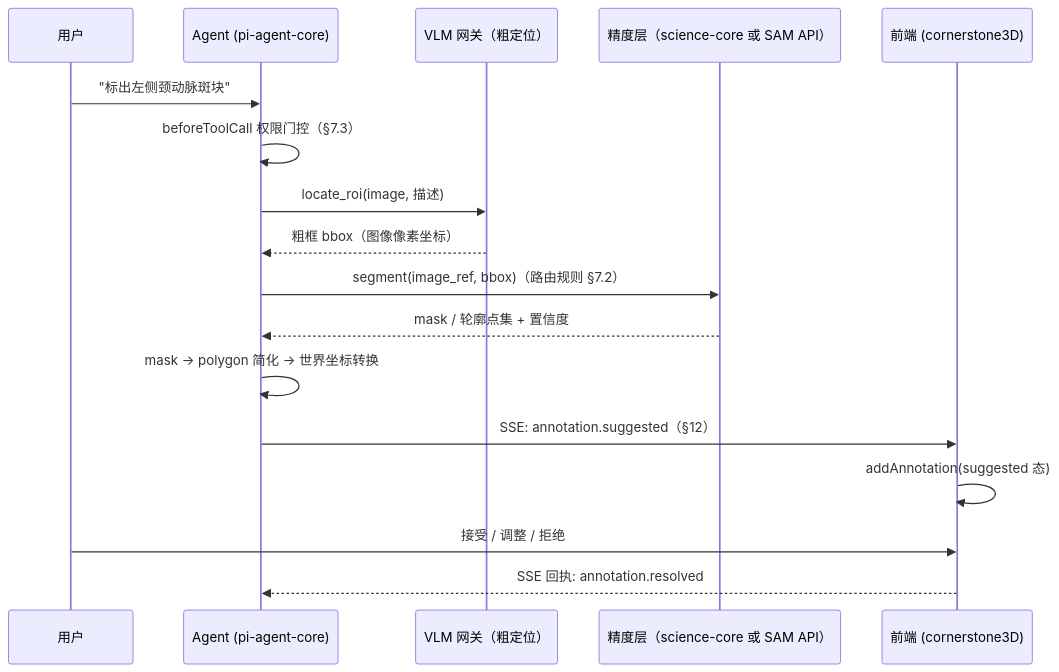
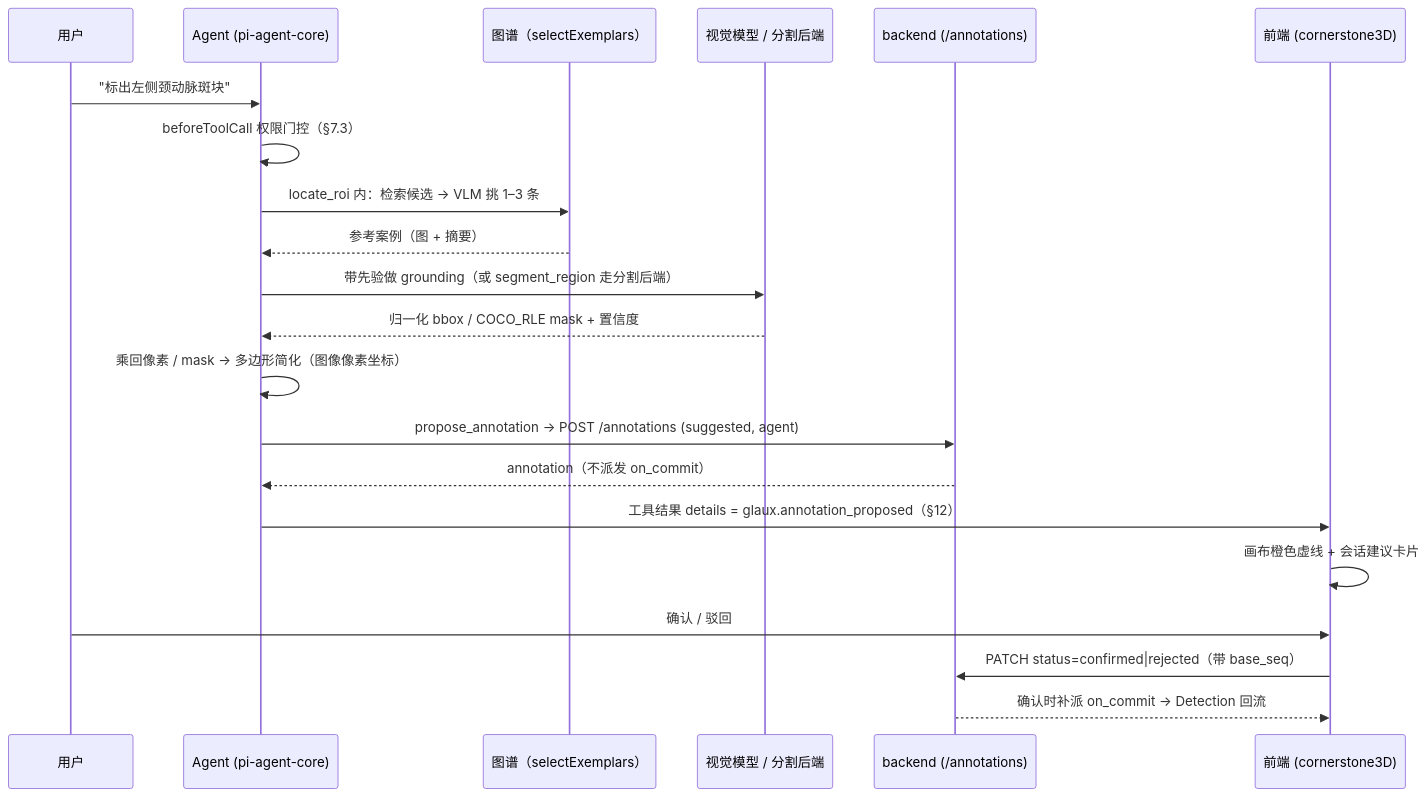
Before and after one commit to zhentai-sn/open-glaux: the first of 2 diagrams in docs/sdd/feats/02-agent-image-annotation/README.md, drawn with Mermaid. The commit also changed other lines of this file and 1 other file, not shown here.

````diff
--- a/docs/sdd/feats/02-agent-image-annotation/README.md
+++ b/docs/sdd/feats/02-agent-image-annotation/README.md
@@ -103,20 +110,24 @@
 ```mermaid
 sequenceDiagram
     participant U as 用户
     participant A as Agent (pi-agent-core)
-    participant V as VLM 网关（粗定位）
-    participant P as 精度层（science-core 或 SAM API）
+    participant X as 图谱（selectExemplars）
+    participant M as 视觉模型 / 分割后端
+    participant B as backend (/annotations)
     participant F as 前端 (cornerstone3D)
 
     U->>A: "标出左侧颈动脉斑块"
     A->>A: beforeToolCall 权限门控（§7.3）
-    A->>V: locate_roi(image, 描述)
-    V-->>A: 粗框 bbox（图像像素坐标）
-    A->>P: segment(image_ref, bbox)（路由规则 §7.2）
-    P-->>A: mask / 轮廓点集 + 置信度
-    A->>A: mask → polygon 简化 → 世界坐标转换
-    A->>F: SSE: annotation.suggested（§12）
-    F->>F: addAnnotation(suggested 态)
-    U->>F: 接受 / 调整 / 拒绝
-    F-->>A: SSE 回执: annotation.resolved
+    A->>X: locate_roi 内：检索候选 → VLM 挑 1–3 条
+    X-->>A: 参考案例（图 + 摘要）
+    A->>M: 带先验做 grounding（或 segment_region 走分割后端）
+    M-->>A: 归一化 bbox / COCO_RLE mask + 置信度
+    A->>A: 乘回像素 / mask → 多边形简化（图像像素坐标）
+    A->>B: propose_annotation → POST /annotations (suggested, agent)
+    B-->>A: annotation（不派发 on_commit）
+    A->>F: 工具结果 details = glaux.annotation_proposed（§12）
+    F->>F: 画布橙色虚线 + 会话建议卡片
+    U->>F: 确认 / 驳回
+    F->>B: PATCH status=confirmed|rejected（带 base_seq）
+    B-->>F: 确认时补派 on_commit → Detection 回流
 ```
````
